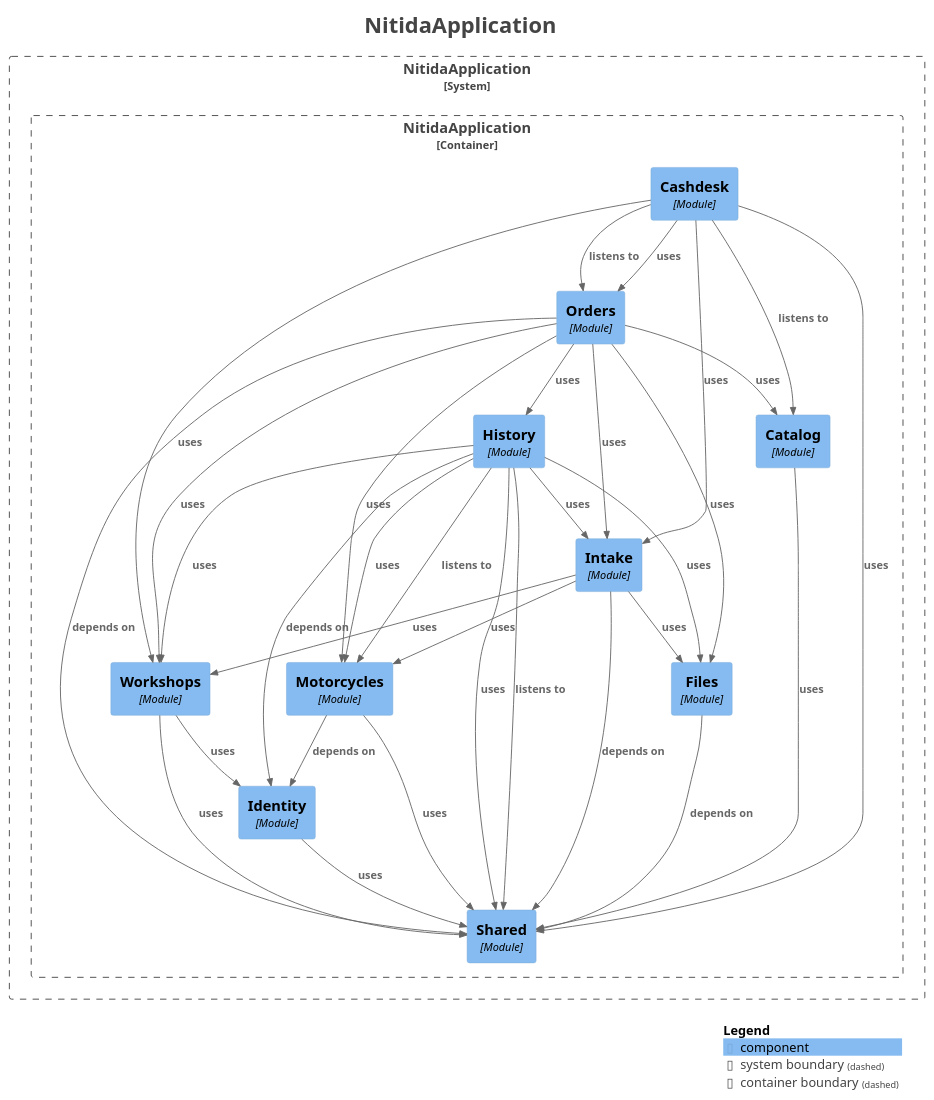
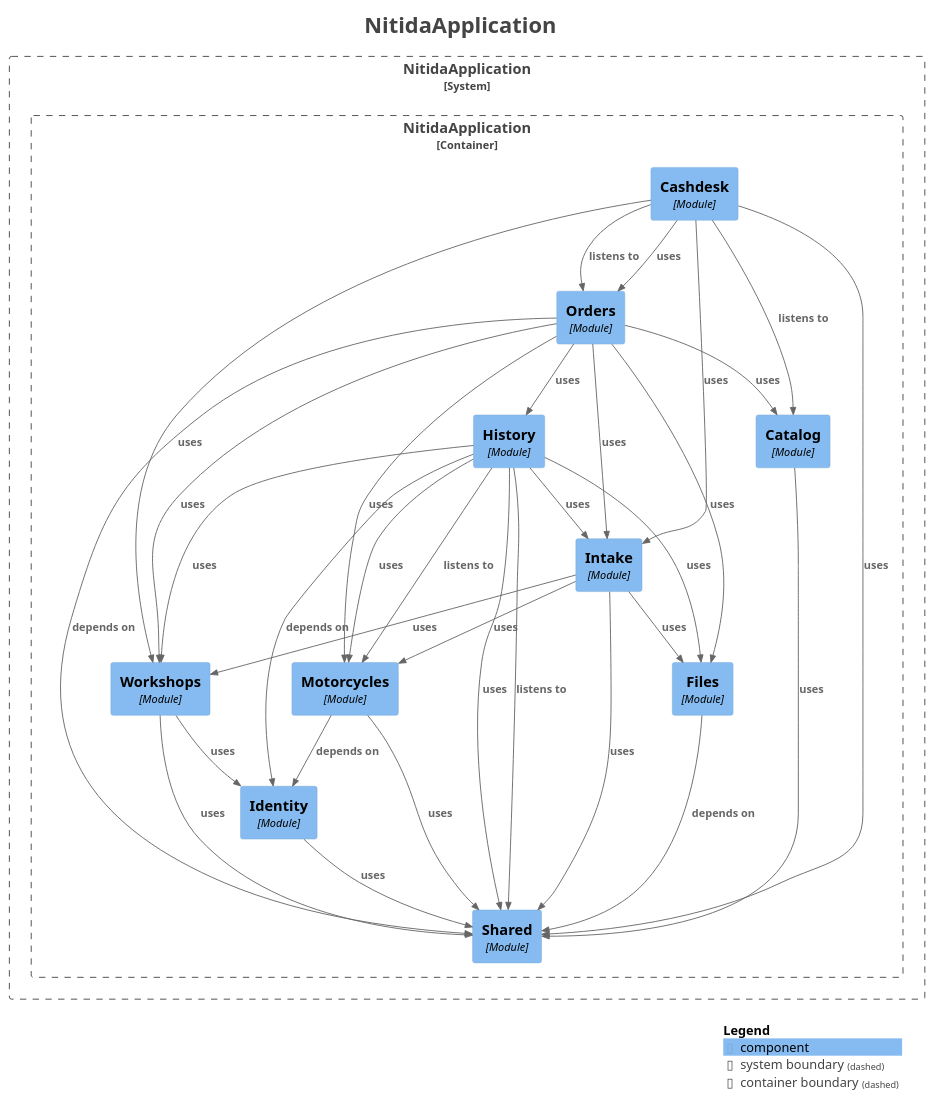
One commit to Nicolas-12000/Nitida changed the diagram in docs/modulos/components.puml. Above: the diagram before and after it, drawn with PlantUML. The commit also changed 11 other files, not shown here.

Commit message:
refactor(ci): update CodeQL job name to TypeScript and upgrade backend Docker image to Debian 13 for security improvements; clean up module diagrams by removing unused relationships

```diff
--- a/docs/modulos/components.puml
+++ b/docs/modulos/components.puml
@@ -1,69 +1,69 @@
 @startuml
 title <size:24>NitidaApplication</size>
 
 set separator none
 top to bottom direction
 
 <style>
   root {
     BackgroundColor: #ffffff
     FontColor: #444444
   }
 </style>
 
 !include <C4/C4>
 !include <C4/C4_Context>
 !include <C4/C4_Component>
 
 System_Boundary("NitidaApplication_boundary", "NitidaApplication", $tags="") {
   Container_Boundary("NitidaApplication.NitidaApplication_boundary", "NitidaApplication", $tags="") {
     Component(NitidaApplication.NitidaApplication.History, "History", $techn="Module", $descr="", $tags="", $link="")
     Component(NitidaApplication.NitidaApplication.Orders, "Orders", $techn="Module", $descr="", $tags="", $link="")
     Component(NitidaApplication.NitidaApplication.Cashdesk, "Cashdesk", $techn="Module", $descr="", $tags="", $link="")
     Component(NitidaApplication.NitidaApplication.Shared, "Shared", $techn="Module", $descr="", $tags="", $link="")
     Component(NitidaApplication.NitidaApplication.Catalog, "Catalog", $techn="Module", $descr="", $tags="", $link="")
     Component(NitidaApplication.NitidaApplication.Files, "Files", $techn="Module", $descr="", $tags="", $link="")
     Component(NitidaApplication.NitidaApplication.Identity, "Identity", $techn="Module", $descr="", $tags="", $link="")
     Component(NitidaApplication.NitidaApplication.Motorcycles, "Motorcycles", $techn="Module", $descr="", $tags="", $link="")
     Component(NitidaApplication.NitidaApplication.Workshops, "Workshops", $techn="Module", $descr="", $tags="", $link="")
     Component(NitidaApplication.NitidaApplication.Intake, "Intake", $techn="Module", $descr="", $tags="", $link="")
   }
 
 }
 
-Rel(NitidaApplication.NitidaApplication.Cashdesk, NitidaApplication.NitidaApplication.Catalog, "listens to", $techn="", $tags="", $link="")
-Rel(NitidaApplication.NitidaApplication.Cashdesk, NitidaApplication.NitidaApplication.Orders, "listens to", $techn="", $tags="", $link="")
-Rel(NitidaApplication.NitidaApplication.Cashdesk, NitidaApplication.NitidaApplication.Orders, "uses", $techn="", $tags="", $link="")
-Rel(NitidaApplication.NitidaApplication.Cashdesk, NitidaApplication.NitidaApplication.Workshops, "uses", $techn="", $tags="", $link="")
-Rel(NitidaApplication.NitidaApplication.Cashdesk, NitidaApplication.NitidaApplication.Shared, "uses", $techn="", $tags="", $link="")
-Rel(NitidaApplication.NitidaApplication.Cashdesk, NitidaApplication.NitidaApplication.Intake, "uses", $techn="", $tags="", $link="")
-Rel(NitidaApplication.NitidaApplication.Files, NitidaApplication.NitidaApplication.Shared, "depends on", $techn="", $tags="", $link="")
 Rel(NitidaApplication.NitidaApplication.History, NitidaApplication.NitidaApplication.Motorcycles, "listens to", $techn="", $tags="", $link="")
 Rel(NitidaApplication.NitidaApplication.History, NitidaApplication.NitidaApplication.Shared, "listens to", $techn="", $tags="", $link="")
 Rel(NitidaApplication.NitidaApplication.History, NitidaApplication.NitidaApplication.Identity, "depends on", $techn="", $tags="", $link="")
 Rel(NitidaApplication.NitidaApplication.History, NitidaApplication.NitidaApplication.Workshops, "uses", $techn="", $tags="", $link="")
 Rel(NitidaApplication.NitidaApplication.History, NitidaApplication.NitidaApplication.Intake, "uses", $techn="", $tags="", $link="")
 Rel(NitidaApplication.NitidaApplication.History, NitidaApplication.NitidaApplication.Motorcycles, "uses", $techn="", $tags="", $link="")
 Rel(NitidaApplication.NitidaApplication.History, NitidaApplication.NitidaApplication.Shared, "uses", $techn="", $tags="", $link="")
 Rel(NitidaApplication.NitidaApplication.History, NitidaApplication.NitidaApplication.Files, "uses", $techn="", $tags="", $link="")
-Rel(NitidaApplication.NitidaApplication.Intake, NitidaApplication.NitidaApplication.Shared, "depends on", $techn="", $tags="", $link="")
-Rel(NitidaApplication.NitidaApplication.Intake, NitidaApplication.NitidaApplication.Motorcycles, "uses", $techn="", $tags="", $link="")
-Rel(NitidaApplication.NitidaApplication.Intake, NitidaApplication.NitidaApplication.Workshops, "uses", $techn="", $tags="", $link="")
-Rel(NitidaApplication.NitidaApplication.Intake, NitidaApplication.NitidaApplication.Files, "uses", $techn="", $tags="", $link="")
-Rel(NitidaApplication.NitidaApplication.Identity, NitidaApplication.NitidaApplication.Shared, "uses", $techn="", $tags="", $link="")
 Rel(NitidaApplication.NitidaApplication.Orders, NitidaApplication.NitidaApplication.Shared, "depends on", $techn="", $tags="", $link="")
 Rel(NitidaApplication.NitidaApplication.Orders, NitidaApplication.NitidaApplication.Files, "uses", $techn="", $tags="", $link="")
 Rel(NitidaApplication.NitidaApplication.Orders, NitidaApplication.NitidaApplication.Catalog, "uses", $techn="", $tags="", $link="")
 Rel(NitidaApplication.NitidaApplication.Orders, NitidaApplication.NitidaApplication.Workshops, "uses", $techn="", $tags="", $link="")
 Rel(NitidaApplication.NitidaApplication.Orders, NitidaApplication.NitidaApplication.Motorcycles, "uses", $techn="", $tags="", $link="")
 Rel(NitidaApplication.NitidaApplication.Orders, NitidaApplication.NitidaApplication.Intake, "uses", $techn="", $tags="", $link="")
 Rel(NitidaApplication.NitidaApplication.Orders, NitidaApplication.NitidaApplication.History, "uses", $techn="", $tags="", $link="")
-Rel(NitidaApplication.NitidaApplication.Catalog, NitidaApplication.NitidaApplication.Shared, "uses", $techn="", $tags="", $link="")
 Rel(NitidaApplication.NitidaApplication.Motorcycles, NitidaApplication.NitidaApplication.Identity, "depends on", $techn="", $tags="", $link="")
 Rel(NitidaApplication.NitidaApplication.Motorcycles, NitidaApplication.NitidaApplication.Shared, "uses", $techn="", $tags="", $link="")
+Rel(NitidaApplication.NitidaApplication.Cashdesk, NitidaApplication.NitidaApplication.Orders, "listens to", $techn="", $tags="", $link="")
+Rel(NitidaApplication.NitidaApplication.Cashdesk, NitidaApplication.NitidaApplication.Catalog, "listens to", $techn="", $tags="", $link="")
+Rel(NitidaApplication.NitidaApplication.Cashdesk, NitidaApplication.NitidaApplication.Orders, "uses", $techn="", $tags="", $link="")
+Rel(NitidaApplication.NitidaApplication.Cashdesk, NitidaApplication.NitidaApplication.Workshops, "uses", $techn="", $tags="", $link="")
+Rel(NitidaApplication.NitidaApplication.Cashdesk, NitidaApplication.NitidaApplication.Shared, "uses", $techn="", $tags="", $link="")
+Rel(NitidaApplication.NitidaApplication.Cashdesk, NitidaApplication.NitidaApplication.Intake, "uses", $techn="", $tags="", $link="")
+Rel(NitidaApplication.NitidaApplication.Catalog, NitidaApplication.NitidaApplication.Shared, "uses", $techn="", $tags="", $link="")
+Rel(NitidaApplication.NitidaApplication.Identity, NitidaApplication.NitidaApplication.Shared, "uses", $techn="", $tags="", $link="")
 Rel(NitidaApplication.NitidaApplication.Workshops, NitidaApplication.NitidaApplication.Identity, "uses", $techn="", $tags="", $link="")
 Rel(NitidaApplication.NitidaApplication.Workshops, NitidaApplication.NitidaApplication.Shared, "uses", $techn="", $tags="", $link="")
+Rel(NitidaApplication.NitidaApplication.Intake, NitidaApplication.NitidaApplication.Motorcycles, "uses", $techn="", $tags="", $link="")
+Rel(NitidaApplication.NitidaApplication.Intake, NitidaApplication.NitidaApplication.Shared, "uses", $techn="", $tags="", $link="")
+Rel(NitidaApplication.NitidaApplication.Intake, NitidaApplication.NitidaApplication.Workshops, "uses", $techn="", $tags="", $link="")
+Rel(NitidaApplication.NitidaApplication.Intake, NitidaApplication.NitidaApplication.Files, "uses", $techn="", $tags="", $link="")
+Rel(NitidaApplication.NitidaApplication.Files, NitidaApplication.NitidaApplication.Shared, "depends on", $techn="", $tags="", $link="")
 
 SHOW_LEGEND(true)
 hide stereotypes
 @enduml
```
